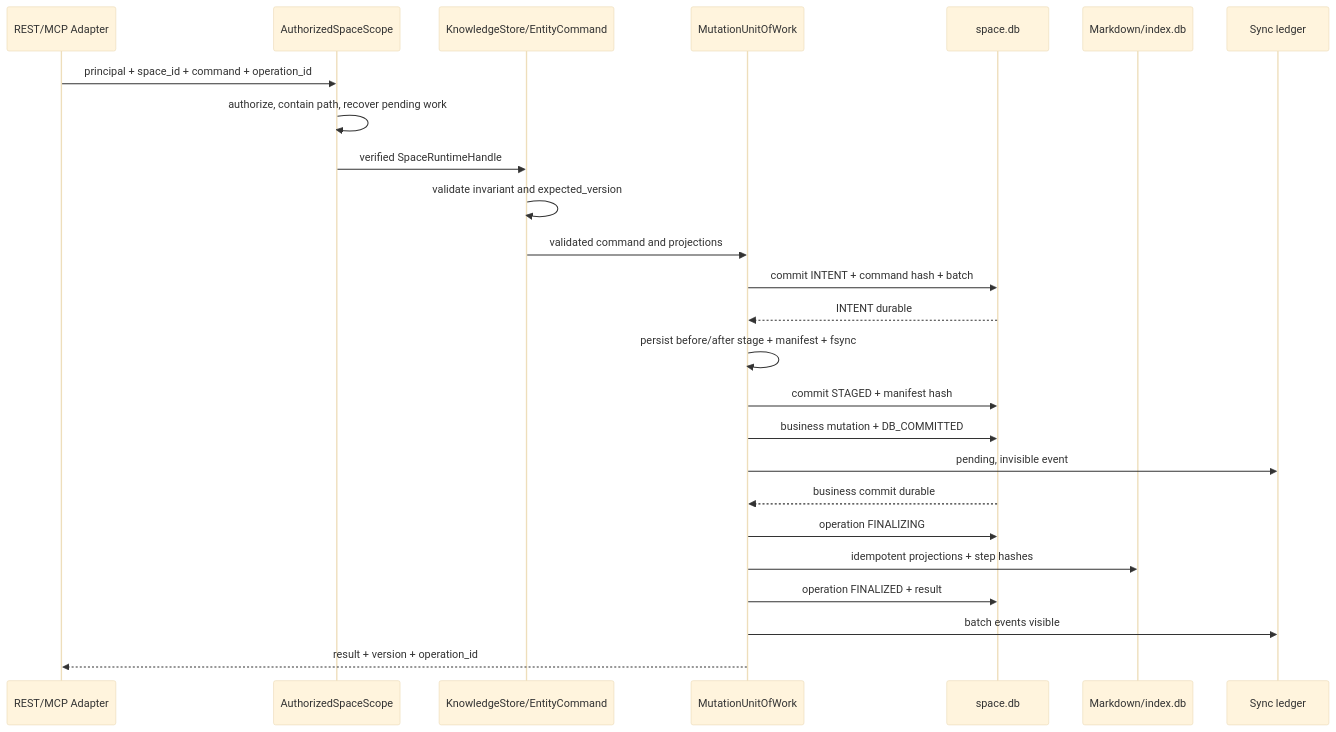
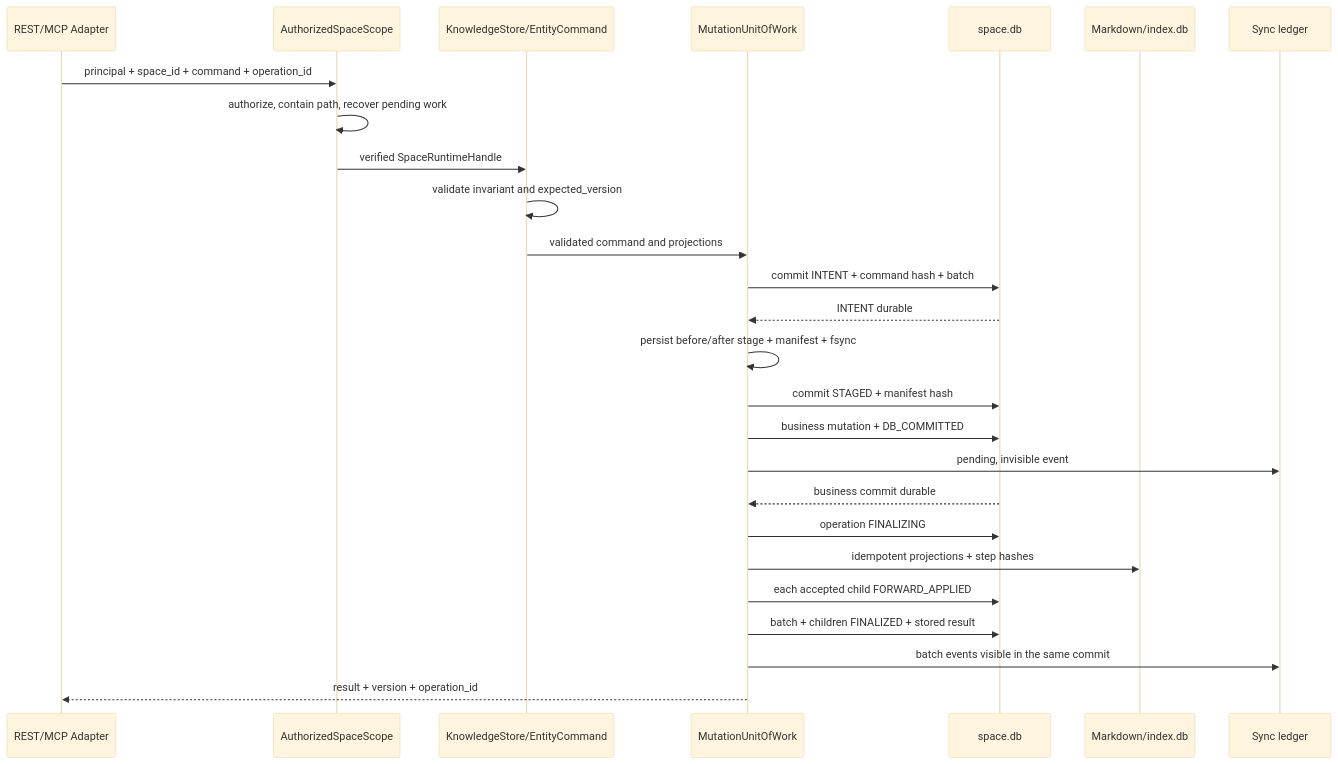
Before and after one commit to zc63463-cmyk/PomodoroXII: the second of 2 diagrams in docs/superpowers/specs/2026-07-14-pomodoroxii-backend-95plus-design.md, drawn with Mermaid (base theme). The commit also changed other lines of this file and 18 other files, not shown here.

````diff
--- a/docs/superpowers/specs/2026-07-14-pomodoroxii-backend-95plus-design.md
+++ b/docs/superpowers/specs/2026-07-14-pomodoroxii-backend-95plus-design.md
@@ -565,28 +1087,29 @@
 ```mermaid
 sequenceDiagram
     participant A as REST/MCP Adapter
     participant S as AuthorizedSpaceScope
     participant K as KnowledgeStore/EntityCommand
     participant U as MutationUnitOfWork
     participant D as space.db
     participant F as Markdown/index.db
     participant L as Sync ledger
 
     A->>S: principal + space_id + command + operation_id
     S->>S: authorize, contain path, recover pending work
     S->>K: verified SpaceRuntimeHandle
     K->>K: validate invariant and expected_version
     K->>U: validated command and projections
     U->>D: commit INTENT + command hash + batch
     D-->>U: INTENT durable
     U->>U: persist before/after stage + manifest + fsync
     U->>D: commit STAGED + manifest hash
     U->>D: business mutation + DB_COMMITTED
     U->>L: pending, invisible event
     D-->>U: business commit durable
     U->>D: operation FINALIZING
     U->>F: idempotent projections + step hashes
-    U->>D: operation FINALIZED + result
-    U->>L: batch events visible
+    U->>D: each accepted child FORWARD_APPLIED
+    U->>D: batch + children FINALIZED + stored result
+    U->>L: batch events visible in the same commit
     U-->>A: result + version + operation_id
 ```
````
